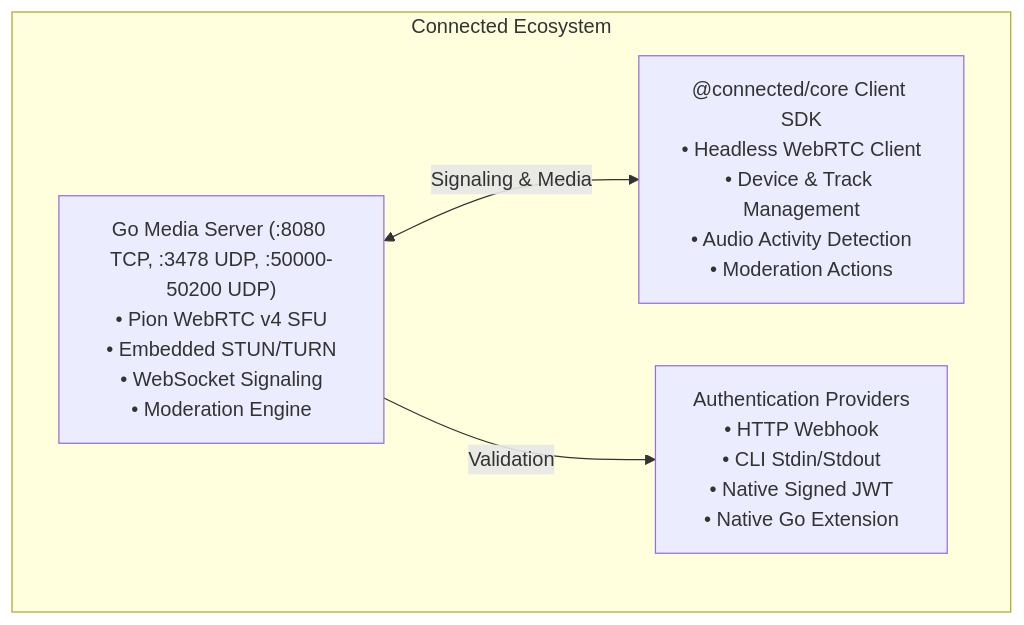
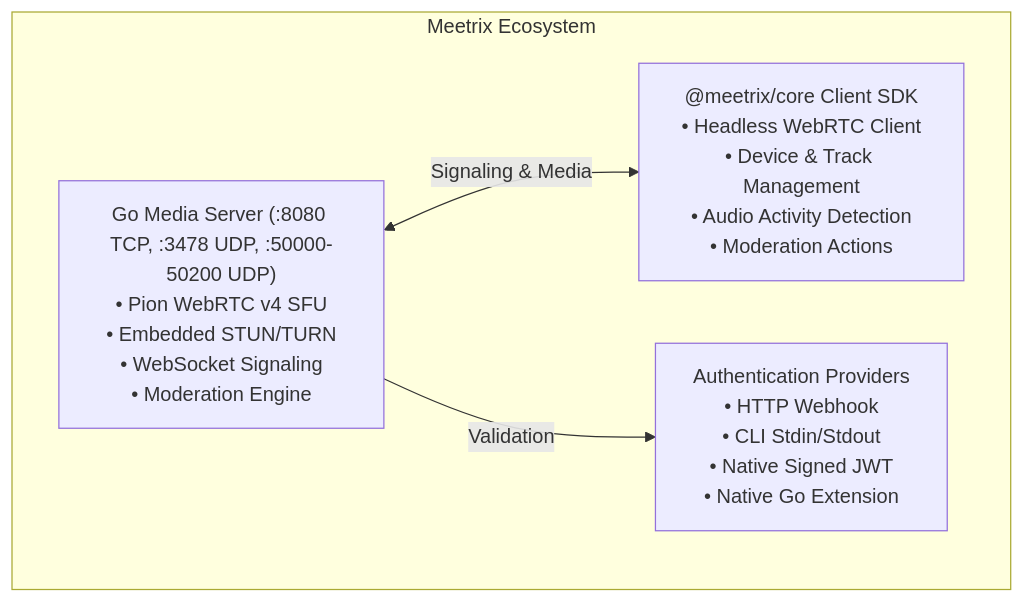
The second of 2 diagrams in docs/guide/introduction.md (IsmaCortGtz/meetrix), drawn with Mermaid before and after one commit. The commit also changed other lines of this file and 97 other files, not shown here.

````diff
--- a/docs/guide/introduction.md
+++ b/docs/guide/introduction.md
@@ -95,11 +95,11 @@
 ```mermaid
 graph TD
-    subgraph Core["Connected Ecosystem"]
+    subgraph Core["Meetrix Ecosystem"]
         Server["Go Media Server (:8080 TCP, :3478 UDP, :50000-50200 UDP)<br/>• Pion WebRTC v4 SFU<br/>• Embedded STUN/TURN<br/>• WebSocket Signaling<br/>• Moderation Engine"]
-        SDK["@connected/core Client SDK<br/>• Headless WebRTC Client<br/>• Device & Track Management<br/>• Audio Activity Detection<br/>• Moderation Actions"]
+        SDK["@meetrix/core Client SDK<br/>• Headless WebRTC Client<br/>• Device & Track Management<br/>• Audio Activity Detection<br/>• Moderation Actions"]
         Auth["Authentication Providers<br/>• HTTP Webhook<br/>• CLI Stdin/Stdout<br/>• Native Signed JWT<br/>• Native Go Extension"]
     end
 
     Server <-->|Signaling & Media| SDK
     Server -->|Validation| Auth
 ```
````
